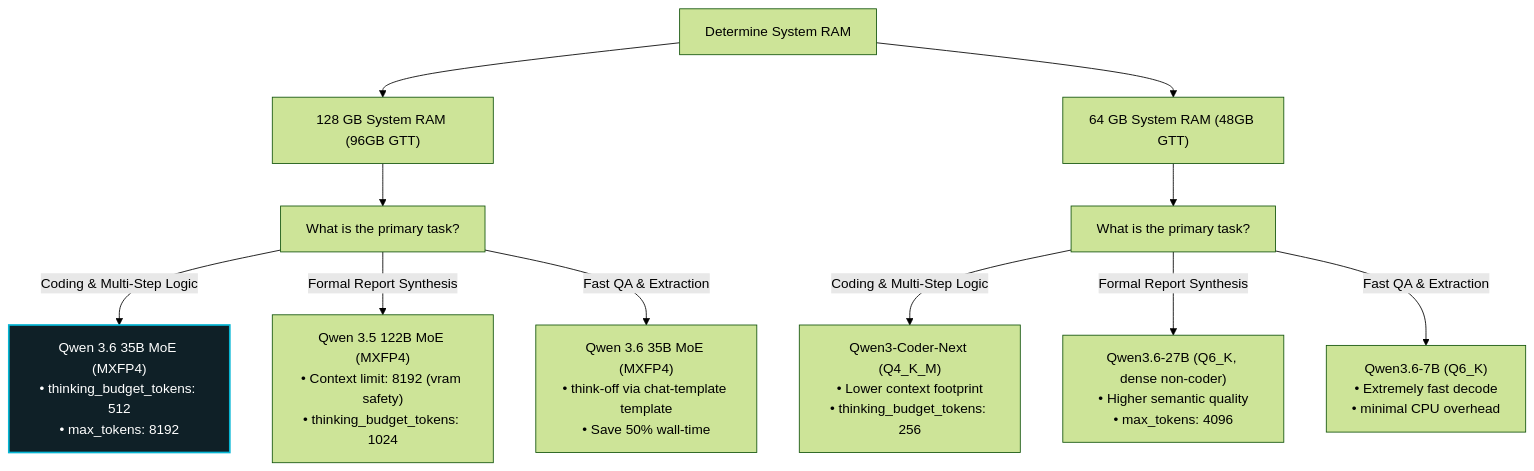
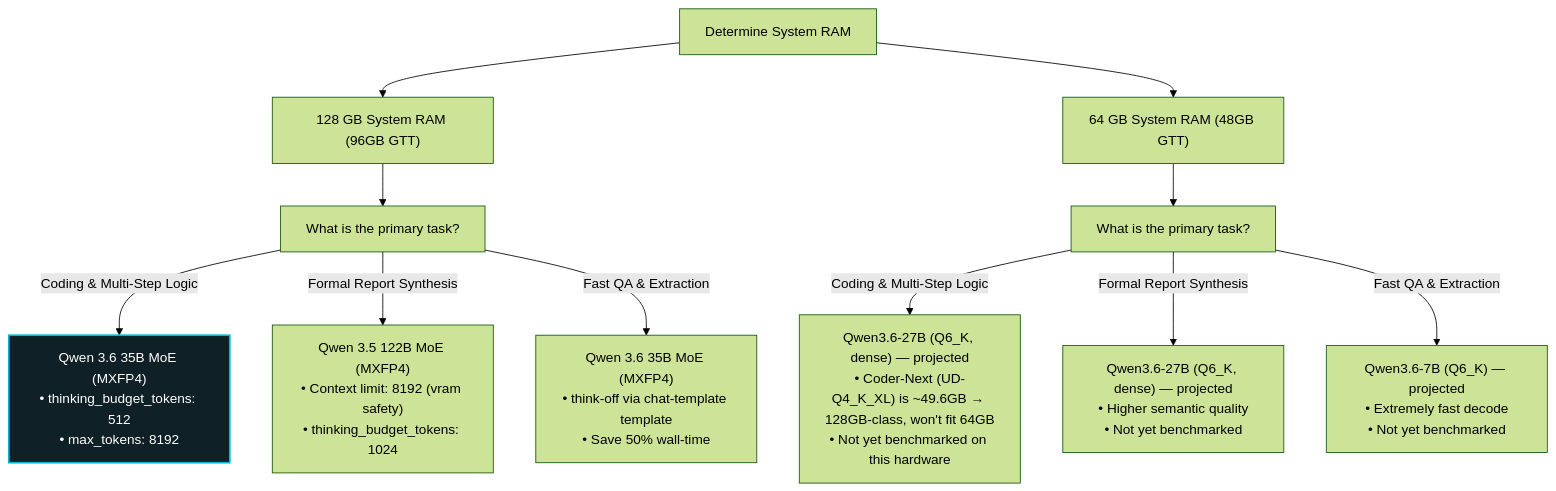
Before and after one commit to boxwrench/tesla_agent: the diagram in reference/decision-tree.md, drawn with Mermaid (forest theme). The commit also changed 6 other files, not shown here.

````diff
--- a/reference/decision-tree.md
+++ b/reference/decision-tree.md
@@ -5,24 +5,24 @@
 ```mermaid
 graph TD
     Start["Determine System RAM"] --> RAM128["128 GB System RAM (96GB GTT)"]
     Start --> RAM64["64 GB System RAM (48GB GTT)"]
     
     %% 128 GB Branch
     RAM128 --> Goal128["What is the primary task?"]
     
     Goal128 -->|Coding & Multi-Step Logic| Code128["Qwen 3.6 35B MoE (MXFP4)<br/>• thinking_budget_tokens: 512<br/>• max_tokens: 8192"]
     style Code128 fill:#0f2027,stroke:#06b6d4,stroke-width:2px,color:#fff
     
     Goal128 -->|Formal Report Synthesis| Synth128["Qwen 3.5 122B MoE (MXFP4)<br/>• Context limit: 8192 (vram safety)<br/>• thinking_budget_tokens: 1024"]
     
     Goal128 -->|Fast QA & Extraction| Ext128["Qwen 3.6 35B MoE (MXFP4)<br/>• think-off via chat-template template<br/>• Save 50% wall-time"]
     
     %% 64 GB Branch
     RAM64 --> Goal64["What is the primary task?"]
     
-    Goal64 -->|Coding & Multi-Step Logic| Code64["Qwen3-Coder-Next (Q4_K_M)<br/>• Lower context footprint<br/>• thinking_budget_tokens: 256"]
+    Goal64 -->|Coding & Multi-Step Logic| Code64["Qwen3.6-27B (Q6_K, dense) — projected<br/>• Coder-Next (UD-Q4_K_XL) is ~49.6GB → 128GB-class, won't fit 64GB<br/>• Not yet benchmarked on this hardware"]
     
-    Goal64 -->|Formal Report Synthesis| Synth64["Qwen3.6-27B (Q6_K, dense non-coder)<br/>• Higher semantic quality<br/>• max_tokens: 4096"]
+    Goal64 -->|Formal Report Synthesis| Synth64["Qwen3.6-27B (Q6_K, dense) — projected<br/>• Higher semantic quality<br/>• Not yet benchmarked"]
     
-    Goal64 -->|Fast QA & Extraction| Ext64["Qwen3.6-7B (Q6_K)<br/>• Extremely fast decode<br/>• minimal CPU overhead"]
+    Goal64 -->|Fast QA & Extraction| Ext64["Qwen3.6-7B (Q6_K) — projected<br/>• Extremely fast decode<br/>• Not yet benchmarked"]
 ```
````
